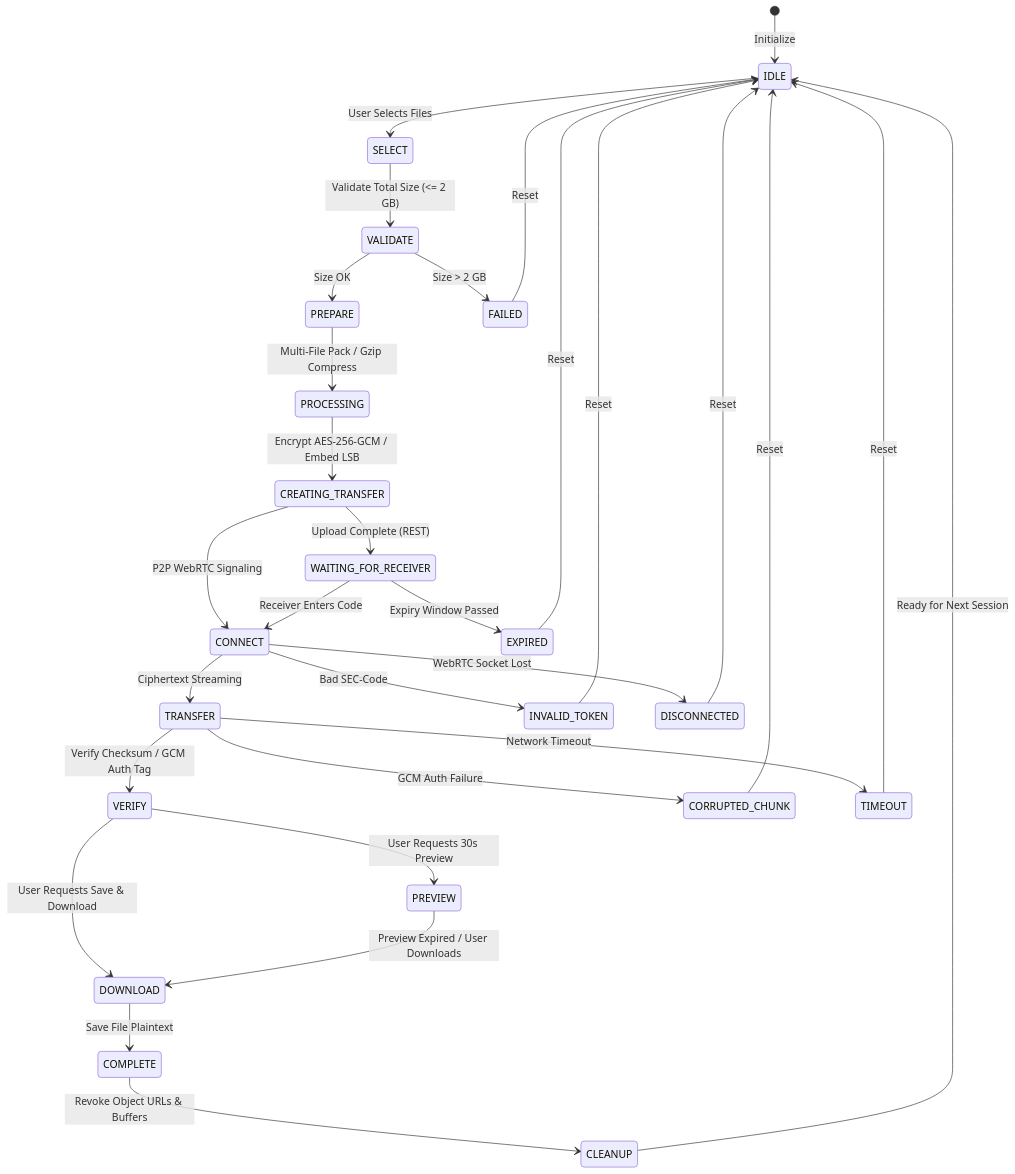
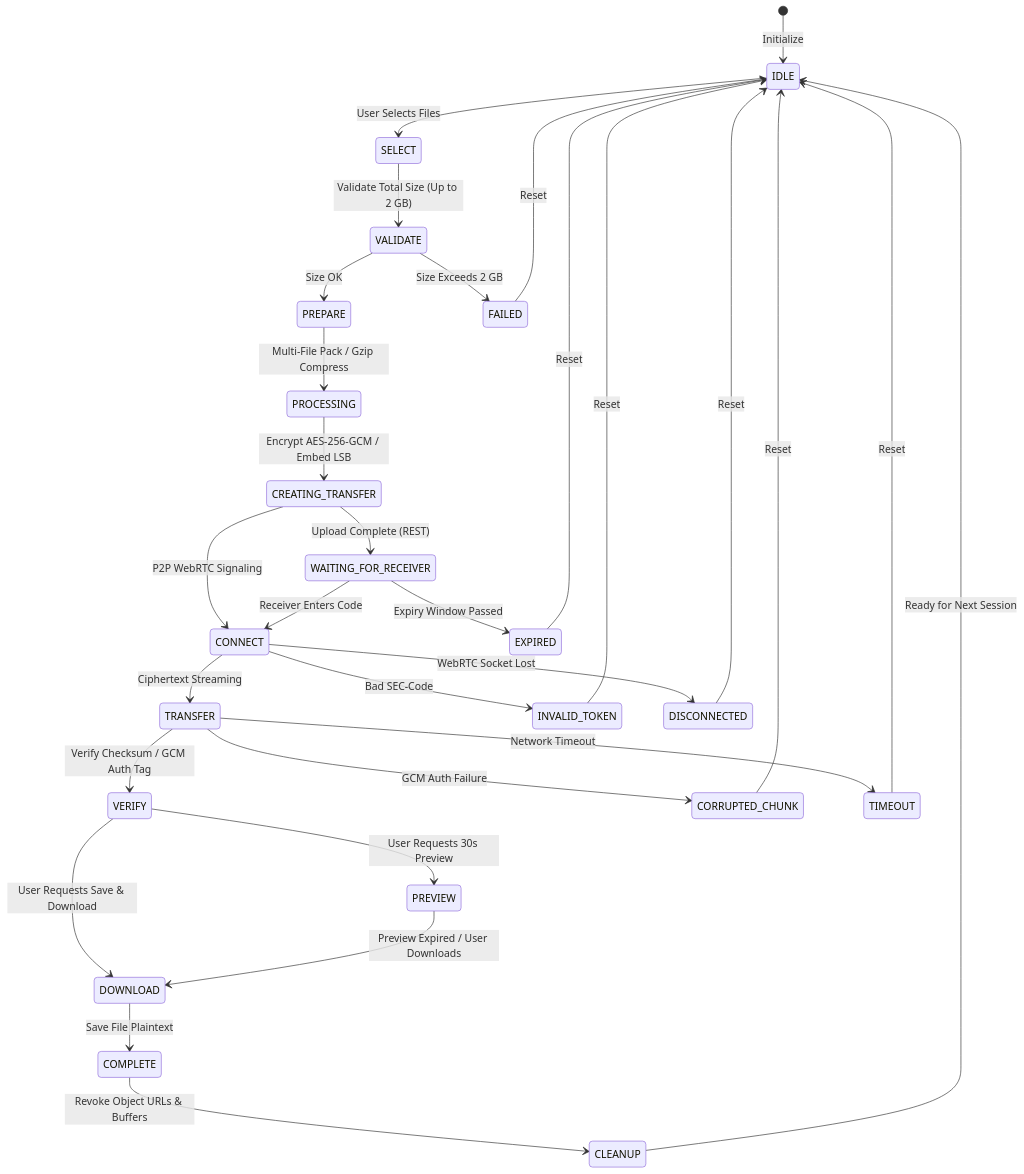
The third of 8 diagrams in README.md (sujalkathait93-lab/filesender), drawn with Mermaid before and after one commit. The commit also changed other lines of this file, not shown here.

Commit message:
Fix Mermaid deployment flowchart arrow syntax in README.md

````diff
--- a/README.md
+++ b/README.md
@@ -351,34 +351,34 @@
 ```mermaid
 stateDiagram-v2
     [*] --> IDLE : Initialize
     IDLE --> SELECT : User Selects Files
-    SELECT --> VALIDATE : Validate Total Size (<= 2 GB)
+    SELECT --> VALIDATE : Validate Total Size (Up to 2 GB)
     VALIDATE --> PREPARE : Size OK
-    VALIDATE --> FAILED : Size > 2 GB
+    VALIDATE --> FAILED : Size Exceeds 2 GB
     PREPARE --> PROCESSING : Multi-File Pack / Gzip Compress
     PROCESSING --> CREATING_TRANSFER : Encrypt AES-256-GCM / Embed LSB
     CREATING_TRANSFER --> WAITING_FOR_RECEIVER : Upload Complete (REST)
     CREATING_TRANSFER --> CONNECT : P2P WebRTC Signaling
     WAITING_FOR_RECEIVER --> CONNECT : Receiver Enters Code
     CONNECT --> TRANSFER : Ciphertext Streaming
     TRANSFER --> VERIFY : Verify Checksum / GCM Auth Tag
     VERIFY --> PREVIEW : User Requests 30s Preview
     VERIFY --> DOWNLOAD : User Requests Save & Download
     PREVIEW --> DOWNLOAD : Preview Expired / User Downloads
     DOWNLOAD --> COMPLETE : Save File Plaintext
     COMPLETE --> CLEANUP : Revoke Object URLs & Buffers
     CLEANUP --> IDLE : Ready for Next Session
 
     %% Error / Failure Paths
     CONNECT --> INVALID_TOKEN : Bad SEC-Code
     CONNECT --> DISCONNECTED : WebRTC Socket Lost
     TRANSFER --> CORRUPTED_CHUNK : GCM Auth Failure
     TRANSFER --> TIMEOUT : Network Timeout
     WAITING_FOR_RECEIVER --> EXPIRED : Expiry Window Passed
     INVALID_TOKEN --> IDLE : Reset
     DISCONNECTED --> IDLE : Reset
     CORRUPTED_CHUNK --> IDLE : Reset
     TIMEOUT --> IDLE : Reset
     EXPIRED --> IDLE : Reset
     FAILED --> IDLE : Reset
 ```
````
